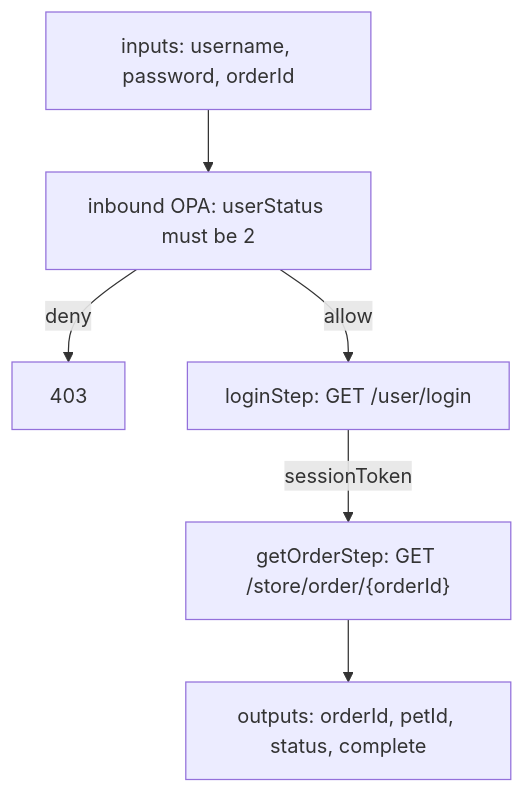
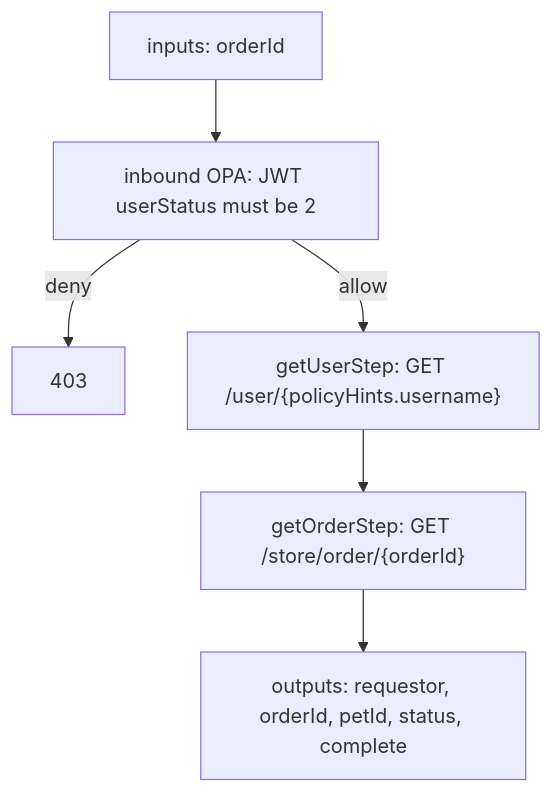
The seventh of 9 diagrams in examples/petstore/README.md (mevansam/context-mesh-engine), drawn with Mermaid before and after one commit. The commit also changed other lines of this file and 30 other files, not shown here.

````diff
--- a/examples/petstore/README.md
+++ b/examples/petstore/README.md
@@ -337,15 +373,15 @@
 ```mermaid
 flowchart TB
-  IN["inputs: username, password, orderId"]
-  POL["inbound OPA: userStatus must be 2"]
+  IN["inputs: orderId"]
+  POL["inbound OPA: JWT userStatus must be 2"]
   DENY["403"]
-  L["loginStep: GET /user/login"]
+  U["getUserStep: GET /user/{policyHints.username}"]
   G["getOrderStep: GET /store/order/{orderId}"]
-  OUT["outputs: orderId, petId, status, complete"]
+  OUT["outputs: requestor, orderId, petId, status, complete"]
 
   IN --> POL
   POL -->|deny| DENY
-  POL -->|allow| L
-  L -->|"sessionToken"| G
+  POL -->|allow| U
+  U --> G
   G --> OUT
 ```
````
